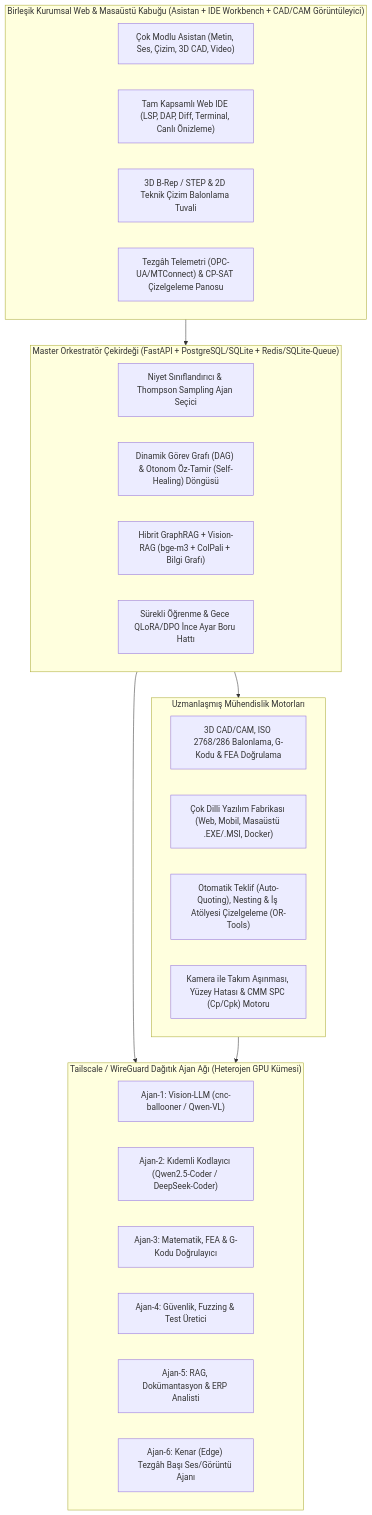
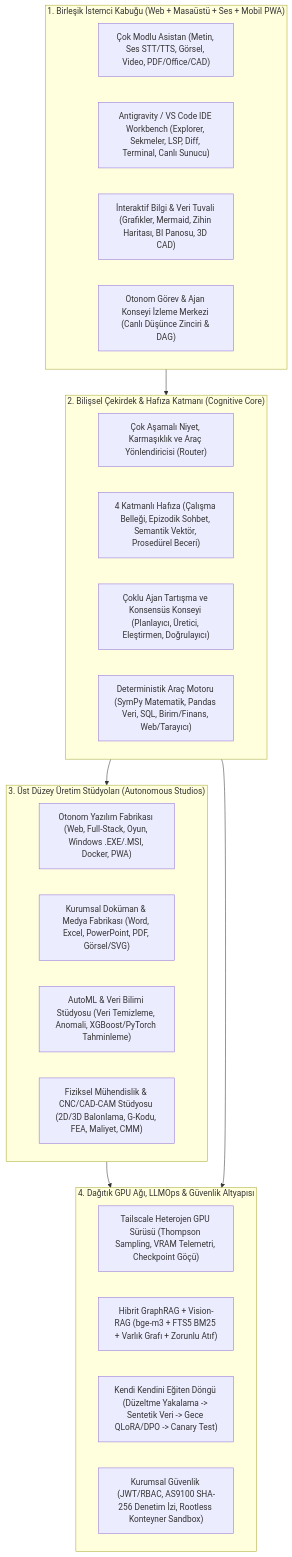
Before and after one commit to bostnishak/distributed-ai-dev-platform: the first of 3 diagrams in docs/ENTERPRISE_AI_MASTER_IMPLEMENTATION_PLAN.md, drawn with Mermaid. The commit also changed other lines of this file, not shown here.

Commit message:
docs(plan): expand master implementation plan to 3-tier 16-phase universal AI OS, software factory, AutoML, and CNC engineering

````diff
--- a/docs/ENTERPRISE_AI_MASTER_IMPLEMENTATION_PLAN.md
+++ b/docs/ENTERPRISE_AI_MASTER_IMPLEMENTATION_PLAN.md
@@ -9,37 +20,35 @@
 ```mermaid
 flowchart TB
-    subgraph UI["Birleşik Kurumsal Web & Masaüstü Kabuğu (Asistan + IDE Workbench + CAD/CAM Görüntüleyici)"]
-        Chat["Çok Modlu Asistan (Metin, Ses, Çizim, 3D CAD, Video)"]
-        IDE["Tam Kapsamlı Web IDE (LSP, DAP, Diff, Terminal, Canlı Önizleme)"]
-        CADView["3D B-Rep / STEP & 2D Teknik Çizim Balonlama Tuvali"]
-        MESView["Tezgâh Telemetri (OPC-UA/MTConnect) & CP-SAT Çizelgeleme Panosu"]
+    subgraph Client["1. Birleşik İstemci Kabuğu (Web + Masaüstü + Ses + Mobil PWA)"]
+        UIChat["Çok Modlu Asistan (Metin, Ses STT/TTS, Görsel, Video, PDF/Office/CAD)"]
+        UIWorkbench["Antigravity / VS Code IDE Workbench (Explorer, Sekmeler, LSP, Diff, Terminal, Canlı Sunucu)"]
+        UICanvas["İnteraktif Bilgi & Veri Tuvali (Grafikler, Mermaid, Zihin Haritası, BI Panosu, 3D CAD)"]
+        UIWorkflow["Otonom Görev & Ajan Konseyi İzleme Merkezi (Canlı Düşünce Zinciri & DAG)"]
     end
 
-    subgraph Master["Master Orkestratör Çekirdeği (FastAPI + PostgreSQL/SQLite + Redis/SQLite-Queue)"]
-        Router["Niyet Sınıflandırıcı & Thompson Sampling Ajan Seçici"]
-        DAG["Dinamik Görev Grafı (DAG) & Otonom Öz-Tamir (Self-Healing) Döngüsü"]
-        RAG["Hibrit GraphRAG + Vision-RAG (bge-m3 + ColPali + Bilgi Grafı)"]
-        MLOps["Sürekli Öğrenme & Gece QLoRA/DPO İnce Ayar Boru Hattı"]
+    subgraph Core["2. Bilişsel Çekirdek & Hafıza Katmanı (Cognitive Core)"]
+        Intent["Çok Aşamalı Niyet, Karmaşıklık ve Araç Yönlendiricisi (Router)"]
+        Memory["4 Katmanlı Hafıza (Çalışma Belleği, Epizodik Sohbet, Semantik Vektör, Prosedürel Beceri)"]
+        Council["Çoklu Ajan Tartışma ve Konsensüs Konseyi (Planlayıcı, Üretici, Eleştirmen, Doğrulayıcı)"]
+        Tools["Deterministik Araç Motoru (SymPy Matematik, Pandas Veri, SQL, Birim/Finans, Web/Tarayıcı)"]
     end
 
-    subgraph Engines["Uzmanlaşmış Mühendislik Motorları"]
-        CNC["3D CAD/CAM, ISO 2768/286 Balonlama, G-Kodu & FEA Doğrulama"]
-        Factory["Çok Dilli Yazılım Fabrikası (Web, Mobil, Masaüstü .EXE/.MSI, Docker)"]
-        ERP["Otomatik Teklif (Auto-Quoting), Nesting & İş Atölyesi Çizelgeleme (OR-Tools)"]
-        Vision["Kamera ile Takım Aşınması, Yüzey Hatası & CMM SPC (Cp/Cpk) Motoru"]
+    subgraph Studios["3. Üst Düzey Üretim Stüdyoları (Autonomous Studios)"]
+        SoftFactory["Otonom Yazılım Fabrikası (Web, Full-Stack, Oyun, Windows .EXE/.MSI, Docker, PWA)"]
+        DocFactory["Kurumsal Doküman & Medya Fabrikası (Word, Excel, PowerPoint, PDF, Görsel/SVG)"]
+        DataStudio["AutoML & Veri Bilimi Stüdyosu (Veri Temizleme, Anomali, XGBoost/PyTorch Tahminleme)"]
+        EngStudio["Fiziksel Mühendislik & CNC/CAD-CAM Stüdyosu (2D/3D Balonlama, G-Kodu, FEA, Maliyet, CMM)"]
     end
 
-    subgraph Mesh["Tailscale / WireGuard Dağıtık Ajan Ağı (Heterojen GPU Kümesi)"]
-        A1["Ajan-1: Vision-LLM (cnc-ballooner / Qwen-VL)"]
-        A2["Ajan-2: Kıdemli Kodlayıcı (Qwen2.5-Coder / DeepSeek-Coder)"]
-        A3["Ajan-3: Matematik, FEA & G-Kodu Doğrulayıcı"]
-        A4["Ajan-4: Güvenlik, Fuzzing & Test Üretici"]
-        A5["Ajan-5: RAG, Dokümantasyon & ERP Analisti"]
-        A6["Ajan-6: Kenar (Edge) Tezgâh Başı Ses/Görüntü Ajanı"]
+    subgraph Infra["4. Dağıtık GPU Ağı, LLMOps & Güvenlik Altyapısı"]
+        Swarm["Tailscale Heterojen GPU Sürüsü (Thompson Sampling, VRAM Telemetri, Checkpoint Göçü)"]
+        RAG["Hibrit GraphRAG + Vision-RAG (bge-m3 + FTS5 BM25 + Varlık Grafı + Zorunlu Atıf)"]
+        LLMOps["Kendi Kendini Eğiten Döngü (Düzeltme Yakalama -> Sentetik Veri -> Gece QLoRA/DPO -> Canary Test)"]
+        Sec["Kurumsal Güvenlik (JWT/RBAC, AS9100 SHA-256 Denetim İzi, Rootless Konteyner Sandbox)"]
     end
 
-    UI --> Master
-    Master --> Engines
-    Master --> Mesh
-    Engines --> Mesh
+    Client --> Core
+    Core --> Studios
+    Studios --> Infra
+    Core --> Infra
 ```
````
